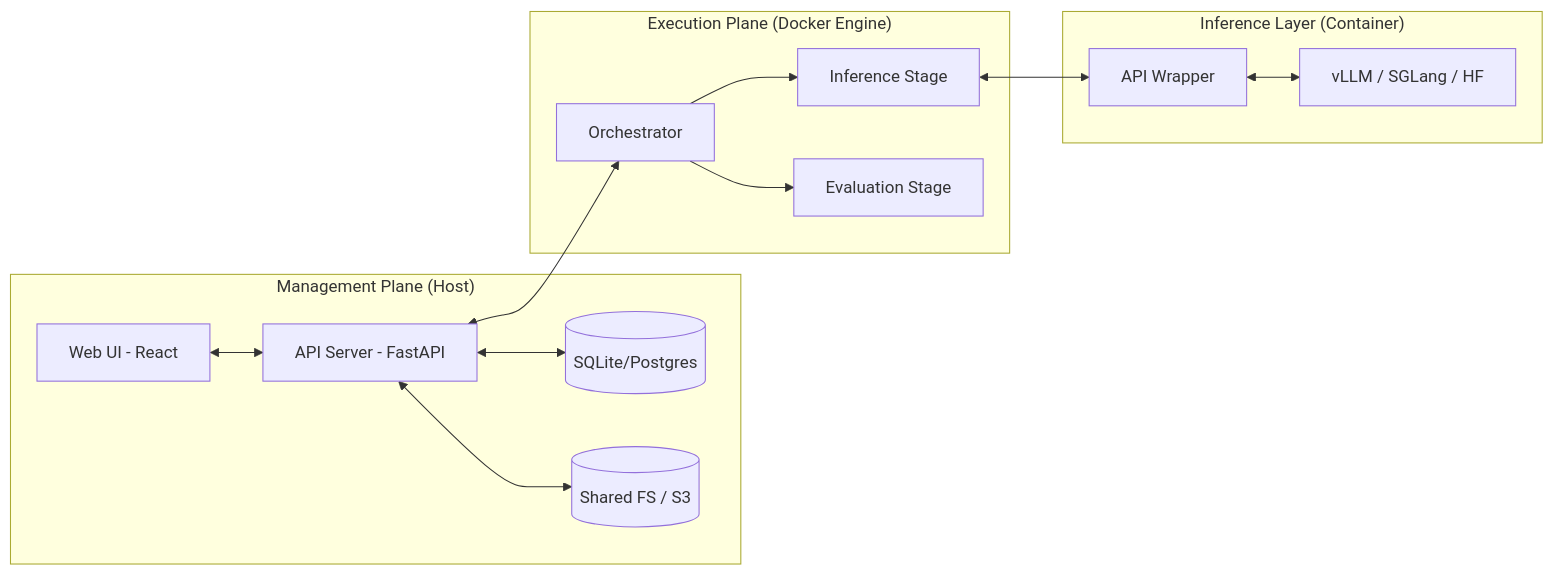
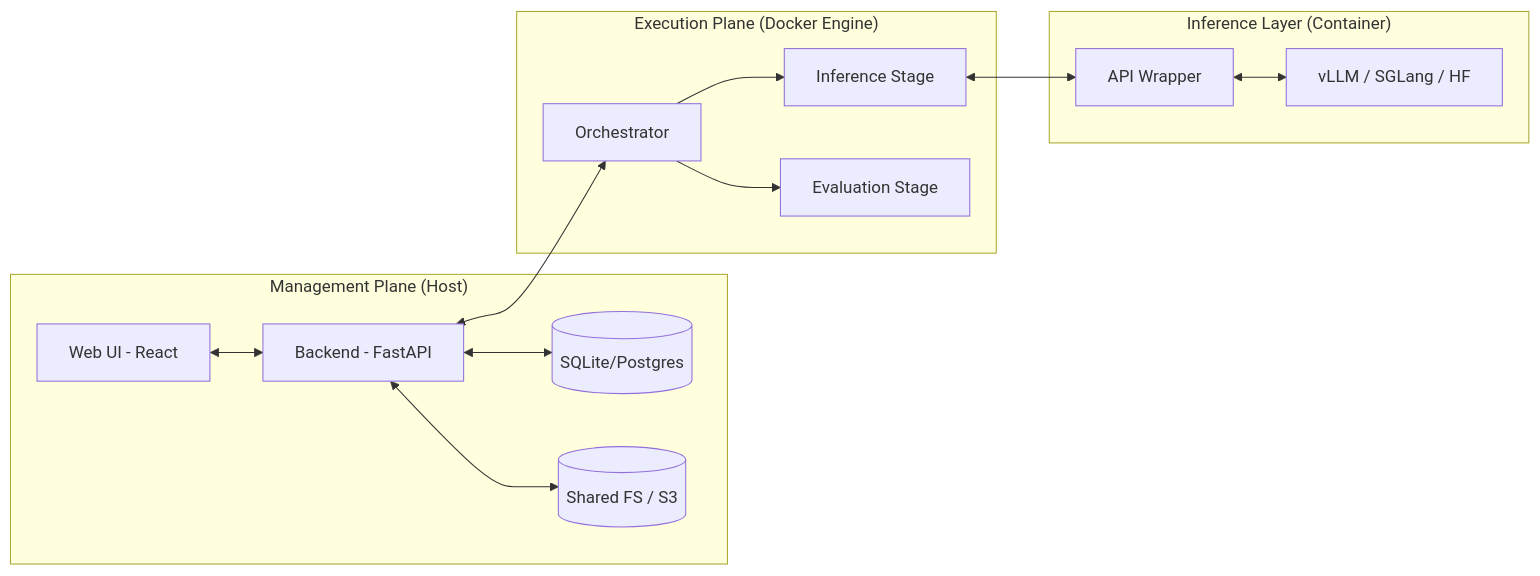
One commit to VLMHyperBenchTeam/VLMHyperBenchDocs changed the diagram in docs/architecture/specification.md. Above: the diagram before and after it, drawn with Mermaid. The commit also changed other lines of this file and 8 other files, not shown here.

First line of the commit message:
docs: обновить архитектуру, ADR и настроить mermaid

````diff
--- a/docs/architecture/specification.md
+++ b/docs/architecture/specification.md
@@ -9,19 +9,19 @@
 ```mermaid
 graph LR
     subgraph "Management Plane (Host)"
-        UI[Web UI - React] <--> API[API Server - FastAPI]
-        API <--> DB[(SQLite/Postgres)]
-        API <--> FS[(Shared FS / S3)]
+        UI[Web UI - React] <--> BE[Backend - FastAPI]
+        BE <--> DB[(SQLite/Postgres)]
+        BE <--> FS[(Shared FS / S3)]
     end
 
     subgraph "Execution Plane (Docker Engine)"
-        API <--> Orch[Orchestrator]
+        BE <--> Orch[Orchestrator]
         Orch --> Stage1[Inference Stage]
         Orch --> Stage2[Evaluation Stage]
     end
 
     subgraph "Inference Layer (Container)"
         Stage1 <--> Wrap[API Wrapper]
         Wrap <--> Back[vLLM / SGLang / HF]
     end
 ```
````
